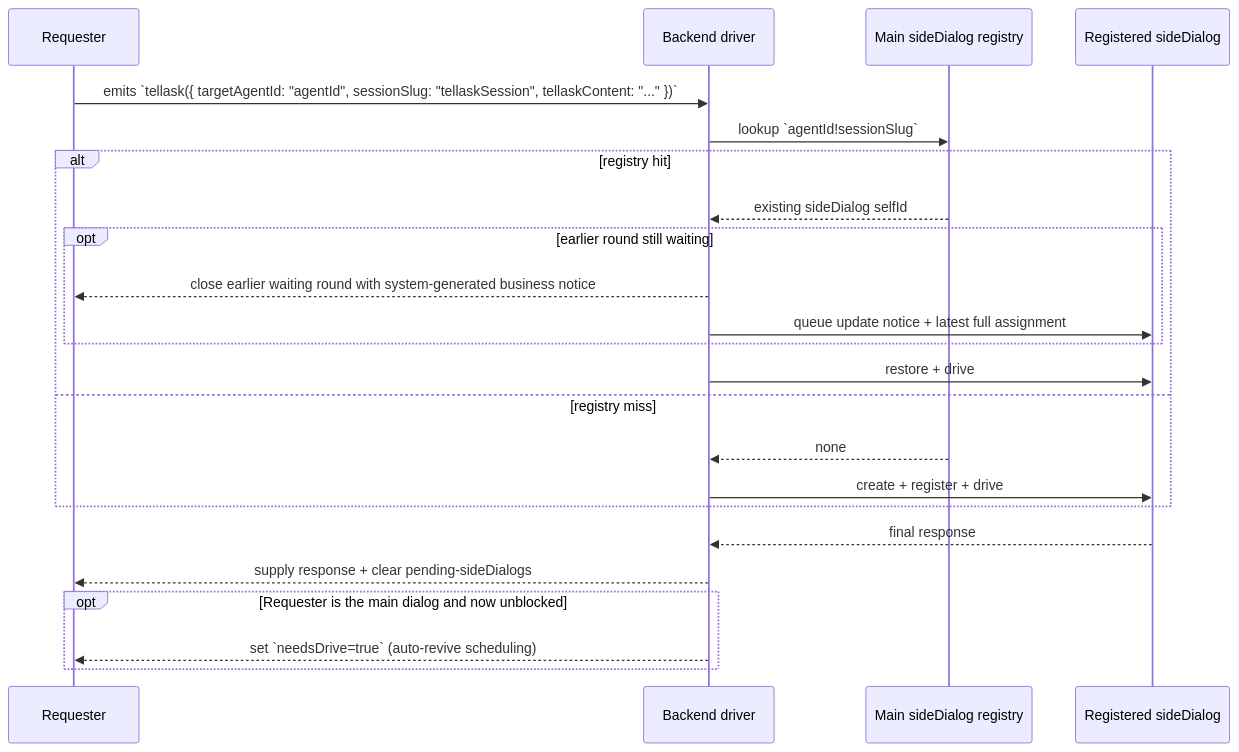
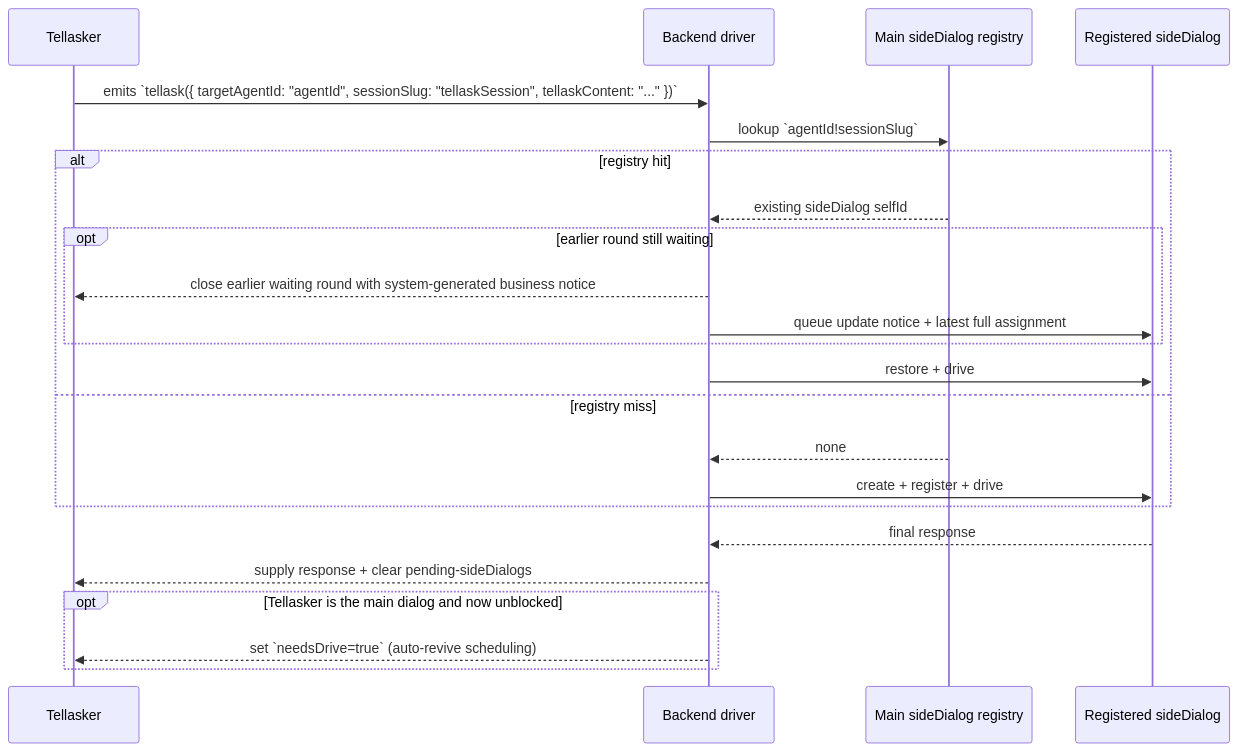
Before and after one commit to longrun-ai/dominds: diagram 12 of 18 in docs/dialog-system.md, drawn with Mermaid. The commit also changed other lines of this file and 66 other files, not shown here.

````diff
--- a/docs/dialog-system.md
+++ b/docs/dialog-system.md
@@ -1273,26 +1273,26 @@
 ```mermaid
 sequenceDiagram
-  participant Requester as Requester
+  participant Tellasker as Tellasker
   participant Driver as Backend driver
   participant Reg as Main sideDialog registry
   participant Side as Registered sideDialog
 
-  Requester->>Driver: emits `tellask({ targetAgentId: "agentId", sessionSlug: "tellaskSession", tellaskContent: "..." })`
+  Tellasker->>Driver: emits `tellask({ targetAgentId: "agentId", sessionSlug: "tellaskSession", tellaskContent: "..." })`
   Driver->>Reg: lookup `agentId!sessionSlug`
   alt registry hit
     Reg-->>Driver: existing sideDialog selfId
     opt earlier round still waiting
-      Driver-->>Requester: close earlier waiting round with system-generated business notice
+      Driver-->>Tellasker: close earlier waiting round with system-generated business notice
       Driver->>Side: queue update notice + latest full assignment
     end
     Driver->>Side: restore + drive
   else registry miss
     Reg-->>Driver: none
     Driver->>Side: create + register + drive
   end
   Side-->>Driver: final response
-  Driver-->>Requester: supply response + clear pending-sideDialogs
-  opt Requester is the main dialog and now unblocked
-    Driver-->>Requester: set `needsDrive=true` (auto-revive scheduling)
+  Driver-->>Tellasker: supply response + clear pending-sideDialogs
+  opt Tellasker is the main dialog and now unblocked
+    Driver-->>Tellasker: set `needsDrive=true` (auto-revive scheduling)
   end
 ```
````
